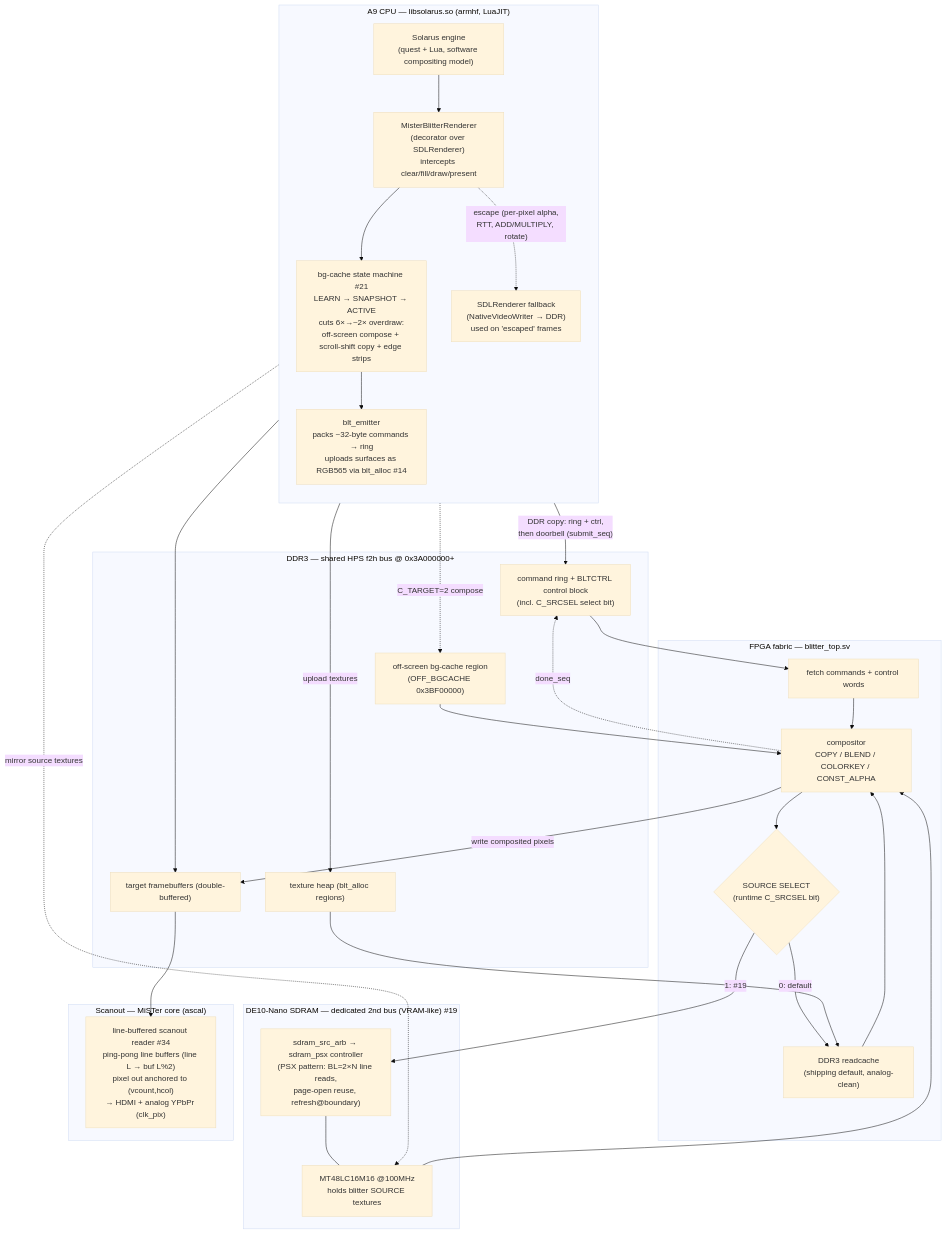
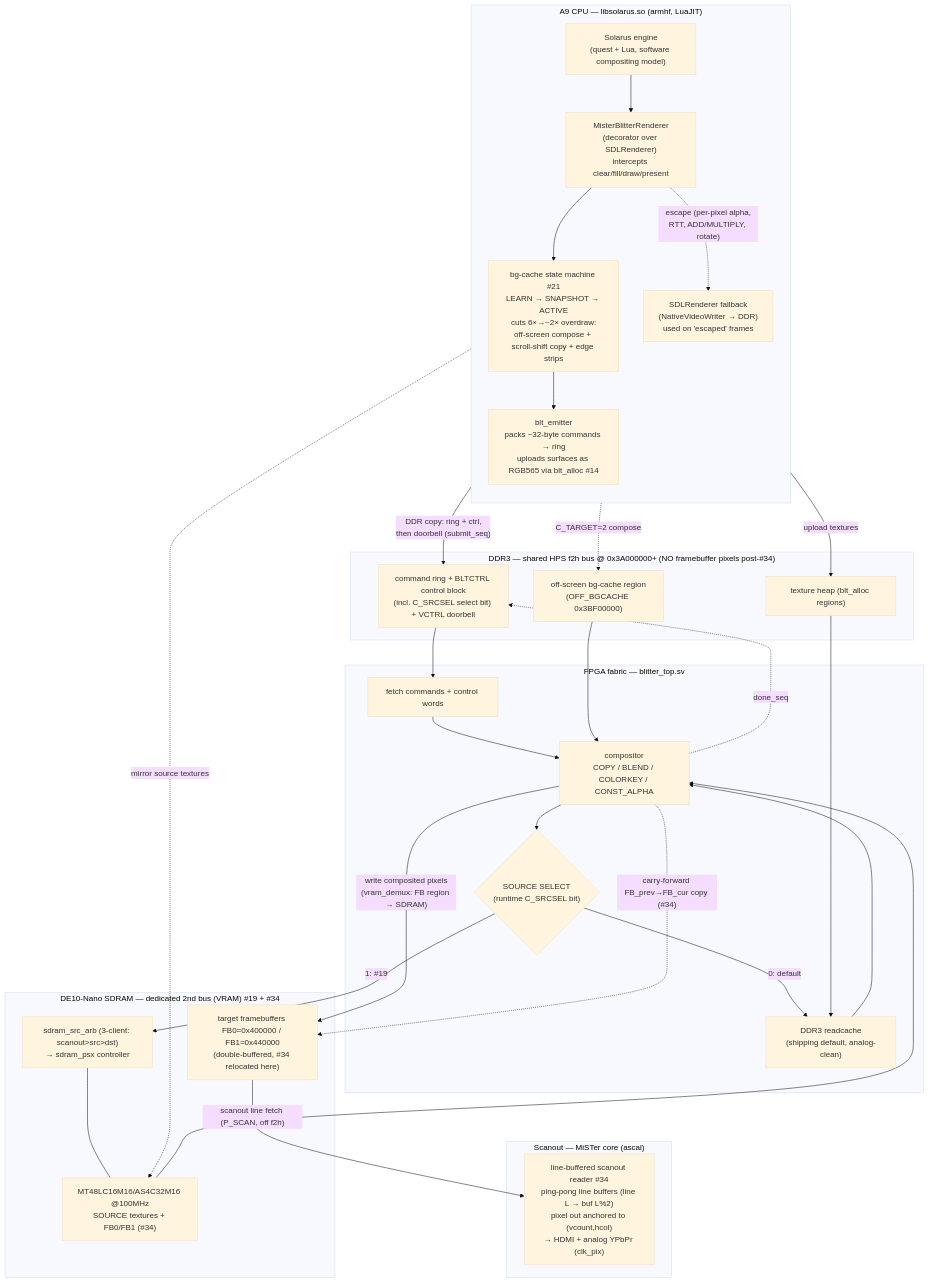
Before and after one commit to gmcnaught/solarus-mister: the first of 2 diagrams in docs/frame-dataflow.md, drawn with Mermaid (base theme). The commit also changed other lines of this file and 1 other file, not shown here.

First line of the commit message:
docs(#34): VRAM framebuffer relocation implemented — dataflow + spec status

````diff
--- a/docs/frame-dataflow.md
+++ b/docs/frame-dataflow.md
@@ -14,56 +14,56 @@
 ```mermaid
 flowchart TB
     subgraph A9["A9 CPU — libsolarus.so (armhf, LuaJIT)"]
         direction TB
         ENG["Solarus engine<br/>(quest + Lua, software compositing model)"]
         REND["MisterBlitterRenderer<br/>(decorator over SDLRenderer)<br/>intercepts clear/fill/draw/present"]
         BG["bg-cache state machine #21<br/>LEARN → SNAPSHOT → ACTIVE<br/>cuts 6×→~2× overdraw:<br/>off-screen compose + scroll-shift copy + edge strips"]
         EM["blt_emitter<br/>packs ~32-byte commands → ring<br/>uploads surfaces as RGB565 via blt_alloc #14"]
         SDL["SDLRenderer fallback<br/>(NativeVideoWriter → DDR)<br/>used on 'escaped' frames"]
         ENG --> REND --> BG --> EM
         REND -. escape (per-pixel alpha,<br/>RTT, ADD/MULTIPLY, rotate) .-> SDL
     end
 
-    subgraph DDR3["DDR3 — shared HPS f2h bus @ 0x3A000000+"]
-        RING["command ring + BLTCTRL control block<br/>(incl. C_SRCSEL select bit)"]
+    subgraph DDR3["DDR3 — shared HPS f2h bus @ 0x3A000000+ (NO framebuffer pixels post-#34)"]
+        RING["command ring + BLTCTRL control block<br/>(incl. C_SRCSEL select bit) + VCTRL doorbell"]
         TEX["texture heap (blt_alloc regions)"]
         BGC["off-screen bg-cache region<br/>(OFF_BGCACHE 0x3BF00000)"]
-        FB["target framebuffers (double-buffered)"]
     end
 
-    subgraph SDRAM["DE10-Nano SDRAM — dedicated 2nd bus (VRAM-like) #19"]
-        SDC["sdram_src_arb → sdram_psx controller<br/>(PSX pattern: BL=2×N line reads,<br/>page-open reuse, refresh@boundary)"]
-        CHIP["MT48LC16M16 @100MHz<br/>holds blitter SOURCE textures"]
+    subgraph SDRAM["DE10-Nano SDRAM — dedicated 2nd bus (VRAM) #19 + #34"]
+        SDC["sdram_src_arb (3-client: scanout&gt;src&gt;dst)<br/>→ sdram_psx controller"]
+        CHIP["MT48LC16M16/AS4C32M16 @100MHz<br/>SOURCE textures + FB0/FB1 (#34)"]
+        FB["target framebuffers FB0=0x400000 / FB1=0x440000<br/>(double-buffered, #34 relocated here)"]
         SDC --- CHIP
     end
 
     subgraph FAB["FPGA fabric — blitter_top.sv"]
         FETCH["fetch commands + control words"]
         SRCSEL{"SOURCE SELECT<br/>(runtime C_SRCSEL bit)"}
         RC["DDR3 readcache<br/>(shipping default, analog-clean)"]
         COMP["compositor<br/>COPY / BLEND / COLORKEY / CONST_ALPHA"]
         FETCH --> COMP
         COMP --> SRCSEL
         SRCSEL -- "0: default" --> RC
         SRCSEL -- "1: #19" --> SDC
     end
 
     subgraph OUT["Scanout — MiSTer core (ascal)"]
         SCAN["line-buffered scanout reader #34<br/>ping-pong line buffers (line L → buf L%2)<br/>pixel out anchored to (vcount,hcol)<br/>→ HDMI + analog YPbPr (clk_pix)"]
     end
 
     EM -- "DDR copy: ring + ctrl,<br/>then doorbell (submit_seq)" --> RING
     EM -- upload textures --> TEX
     EM -. mirror source textures .-> CHIP
-    SDL --> FB
 
     RING --> FETCH
     BG -. C_TARGET=2 compose .-> BGC
     BGC --> COMP
     TEX --> RC
     RC --> COMP
     CHIP --> COMP
-    COMP -- "write composited pixels" --> FB
+    COMP -- "write composited pixels<br/>(vram_demux: FB region → SDRAM)" --> FB
+    COMP -. "carry-forward FB_prev→FB_cur copy (#34)" .-> FB
     COMP -. done_seq .-> RING
-    FB --> SCAN
+    FB -- "scanout line fetch (P_SCAN, off f2h)" --> SCAN
 ```
````
